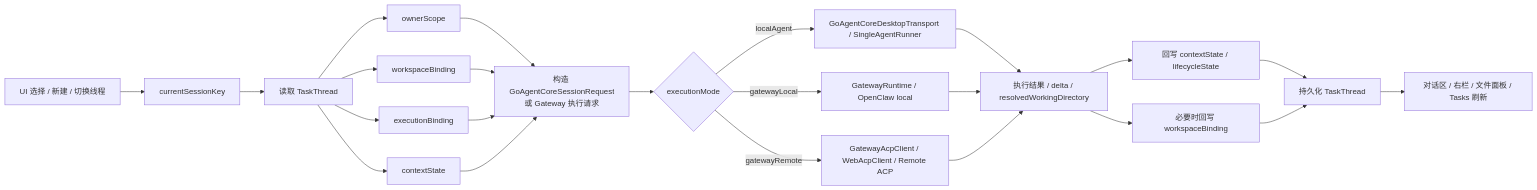
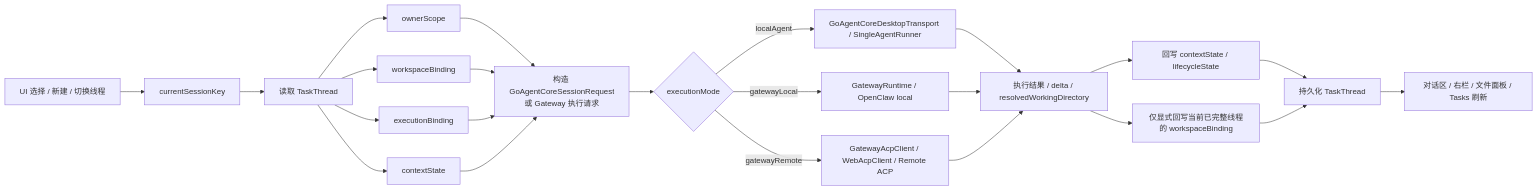
Before and after one commit to ai-workspace-lab/xworkmate-app: the second of 2 diagrams in docs/architecture/xworkmate-layered-architecture.md, drawn with Mermaid. The commit also changed other lines of this file and 15 other files, not shown here.

````diff
--- a/docs/architecture/xworkmate-layered-architecture.md
+++ b/docs/architecture/xworkmate-layered-architecture.md
@@ -282,31 +282,31 @@
 ```mermaid
 flowchart LR
     A["UI 选择 / 新建 / 切换线程"] --> B["currentSessionKey"]
     B --> C["读取 TaskThread"]
 
     C --> C1["ownerScope"]
     C --> C2["workspaceBinding"]
     C --> C3["executionBinding"]
     C --> C4["contextState"]
 
     C1 --> D["构造 GoAgentCoreSessionRequest<br/>或 Gateway 执行请求"]
     C2 --> D
     C3 --> D
     C4 --> D
 
     D --> E{"executionMode"}
     E -->|localAgent| F["GoAgentCoreDesktopTransport / SingleAgentRunner"]
     E -->|gatewayLocal| G["GatewayRuntime / OpenClaw local"]
     E -->|gatewayRemote| H["GatewayAcpClient / WebAcpClient / Remote ACP"]
 
     F --> I["执行结果 / delta / resolvedWorkingDirectory"]
     G --> I
     H --> I
 
     I --> J["回写 contextState / lifecycleState"]
-    I --> K["必要时回写 workspaceBinding"]
+    I --> K["仅显式回写当前已完整线程的 workspaceBinding"]
 
     J --> L["持久化 TaskThread"]
     K --> L
     L --> M["对话区 / 右栏 / 文件面板 / Tasks 刷新"]
 ```
````
